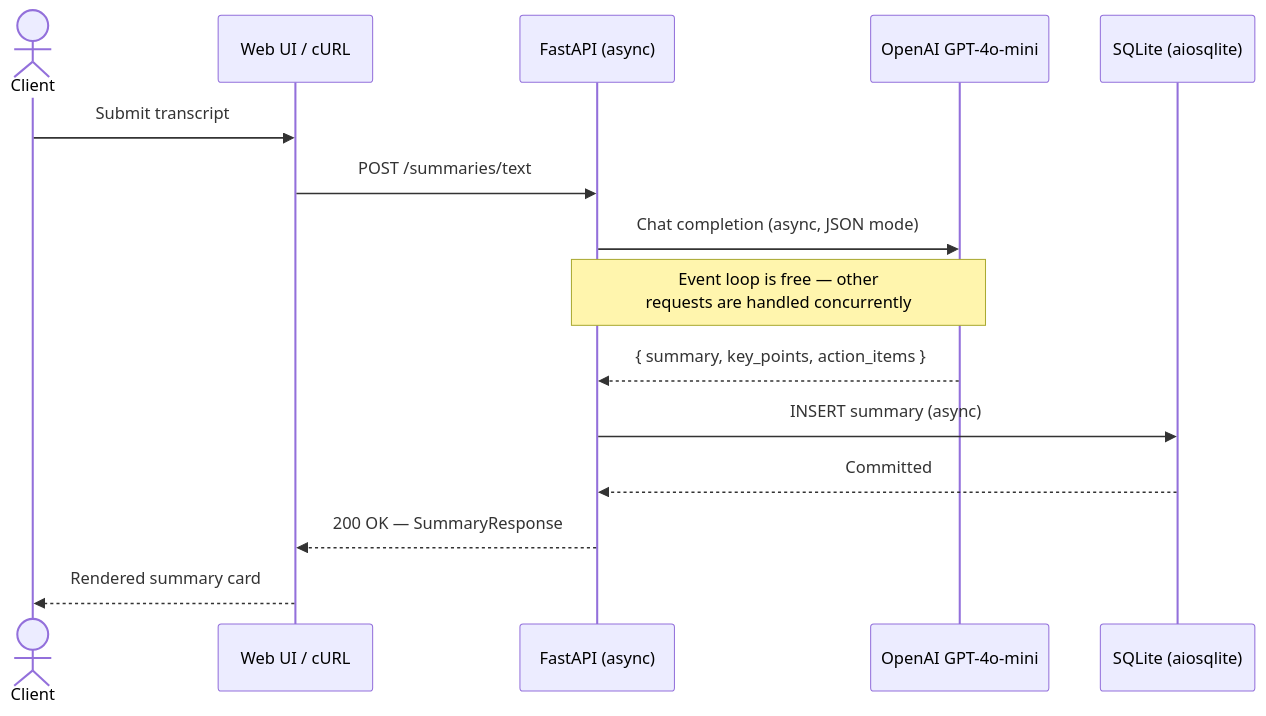
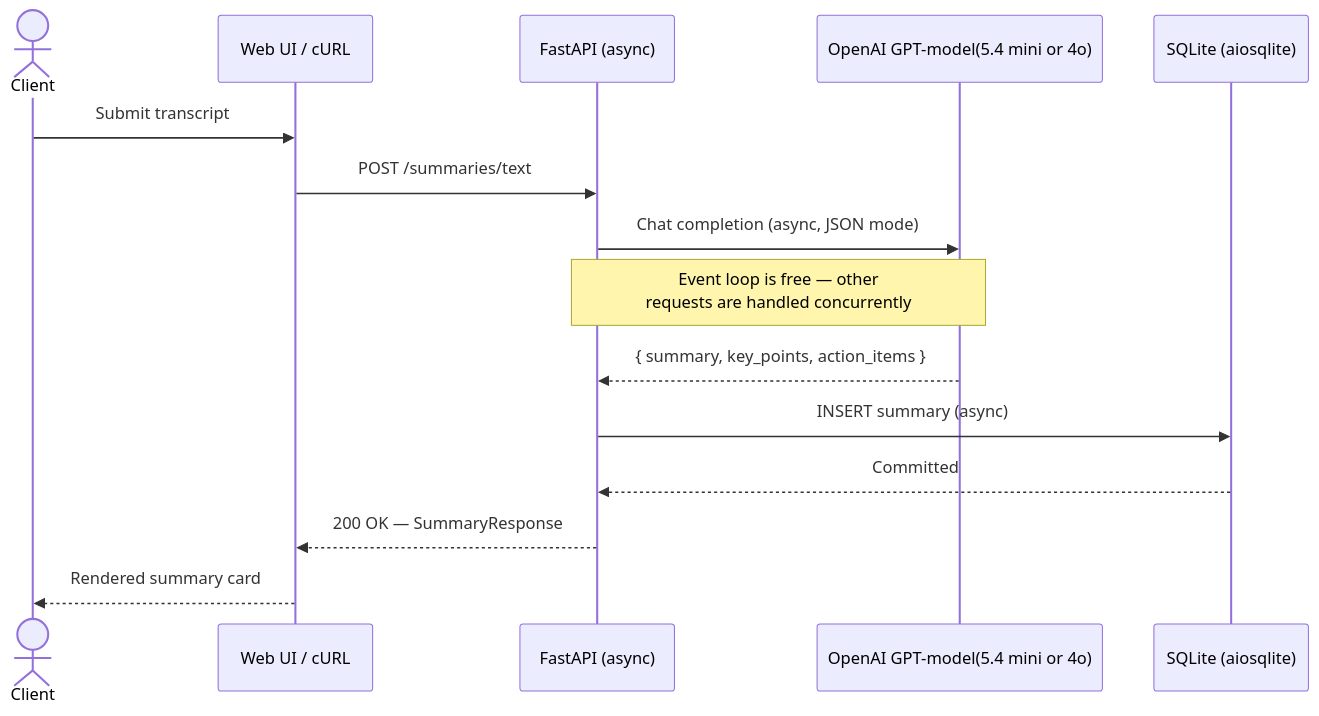
The diagram in README.md (acul3/api-transcript), drawn with Mermaid before and after one commit. The commit also changed 11 other files, not shown here.

First line of the commit message:
Add 10 more transcripts (021-030) generated with gpt-5.4-mini

````diff
--- a/README.md
+++ b/README.md
@@ -39,18 +39,18 @@
 ```mermaid
 sequenceDiagram
     actor Client
     participant Web as Web UI / cURL
     participant API as FastAPI (async)
-    participant AI as OpenAI GPT-4o-mini
+    participant AI as OpenAI GPT-model(5.4 mini or 4o)
     participant DB as SQLite (aiosqlite)
 
     Client->>Web: Submit transcript
     Web->>API: POST /summaries/text
     API->>AI: Chat completion (async, JSON mode)
     Note over API,AI: Event loop is free — other<br/>requests are handled concurrently
     AI-->>API: { summary, key_points, action_items }
     API->>DB: INSERT summary (async)
     DB-->>API: Committed
     API-->>Web: 200 OK — SummaryResponse
     Web-->>Client: Rendered summary card
 ```
````
